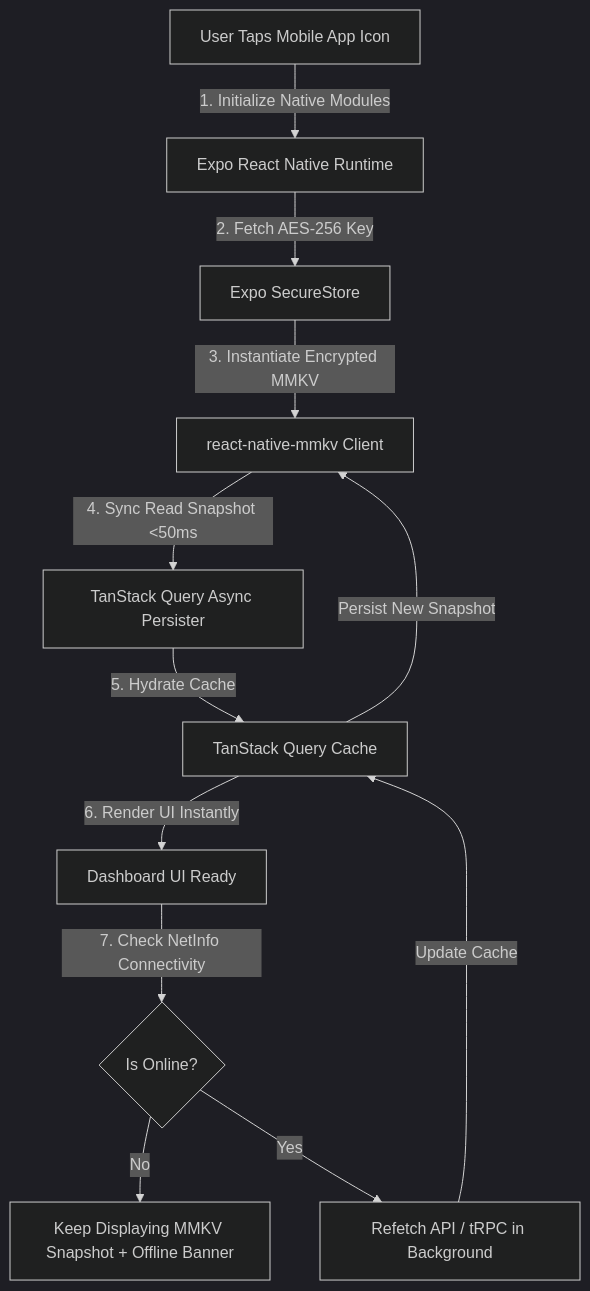
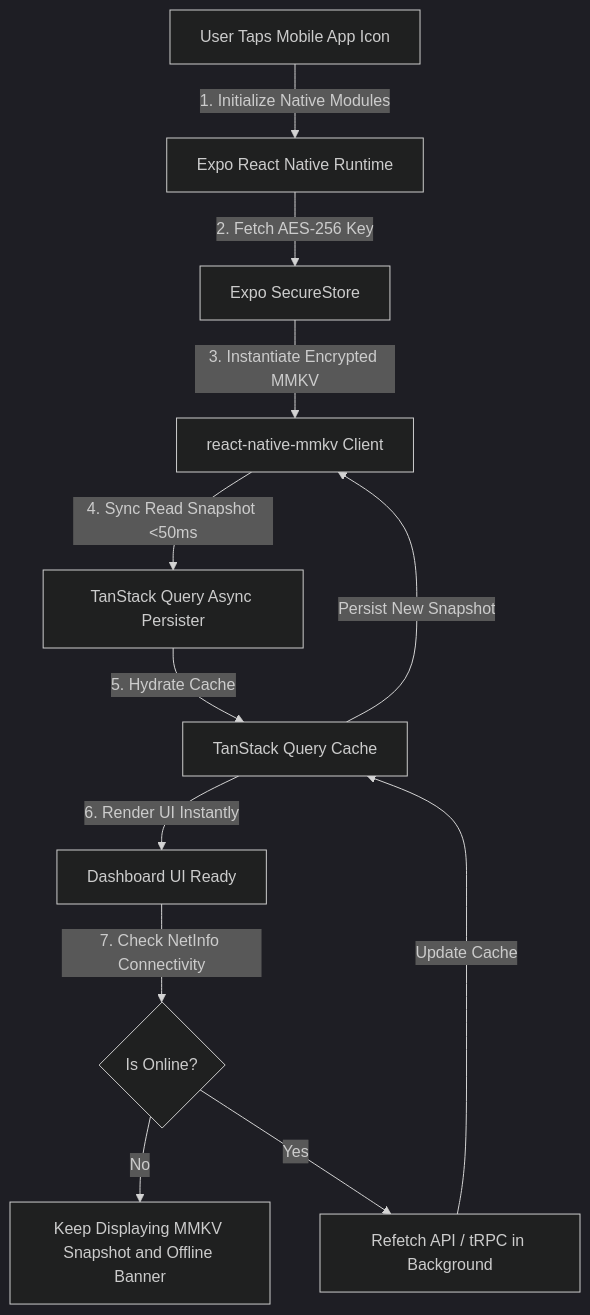
Before and after one commit to LorenzoBela/SpayV2-Mobile: the first of 2 diagrams in README.md, drawn with Mermaid (dark theme). The commit also changed other lines of this file, not shown here.

Commit message:
ReadmeV2

````diff
--- a/README.md
+++ b/README.md
@@ -24,16 +24,16 @@
 ```mermaid
 graph TD
-    AppLaunch[User Taps Mobile App Icon] -->|1. Initialize Native Modules| ExpoRuntime[Expo React Native Runtime]
-    ExpoRuntime -->|2. Fetch AES-256 Key| SecureStore[Expo SecureStore]
-    SecureStore -->|3. Instantiate Encrypted MMKV| MMKV[react-native-mmkv Client]
+    AppLaunch["User Taps Mobile App Icon"] -->|"1. Initialize Native Modules"| ExpoRuntime["Expo React Native Runtime"]
+    ExpoRuntime -->|"2. Fetch AES-256 Key"| SecureStore["Expo SecureStore"]
+    SecureStore -->|"3. Instantiate Encrypted MMKV"| MMKV["react-native-mmkv Client"]
     
-    MMKV -->|4. Sync Read Snapshot <50ms| Persister[TanStack Query Async Persister]
-    Persister -->|5. Hydrate Cache| QueryClient[TanStack Query Cache]
-    QueryClient -->|6. Render UI Instantly| DashboardScreen[Dashboard UI Ready]
+    MMKV -->|"4. Sync Read Snapshot <50ms"| Persister["TanStack Query Async Persister"]
+    Persister -->|"5. Hydrate Cache"| QueryClient["TanStack Query Cache"]
+    QueryClient -->|"6. Render UI Instantly"| DashboardScreen["Dashboard UI Ready"]
     
-    DashboardScreen -->|7. Check NetInfo Connectivity| NetCheck{Is Online?}
-    NetCheck -->|No| OfflineMode[Keep Displaying MMKV Snapshot + Offline Banner]
-    NetCheck -->|Yes| BackgroundFetch[Refetch API / tRPC in Background]
+    DashboardScreen -->|"7. Check NetInfo Connectivity"| NetCheck{"Is Online?"}
+    NetCheck -->|No| OfflineMode["Keep Displaying MMKV Snapshot and Offline Banner"]
+    NetCheck -->|Yes| BackgroundFetch["Refetch API / tRPC in Background"]
     BackgroundFetch -->|Update Cache| QueryClient
     QueryClient -->|Persist New Snapshot| MMKV
 ```
````
